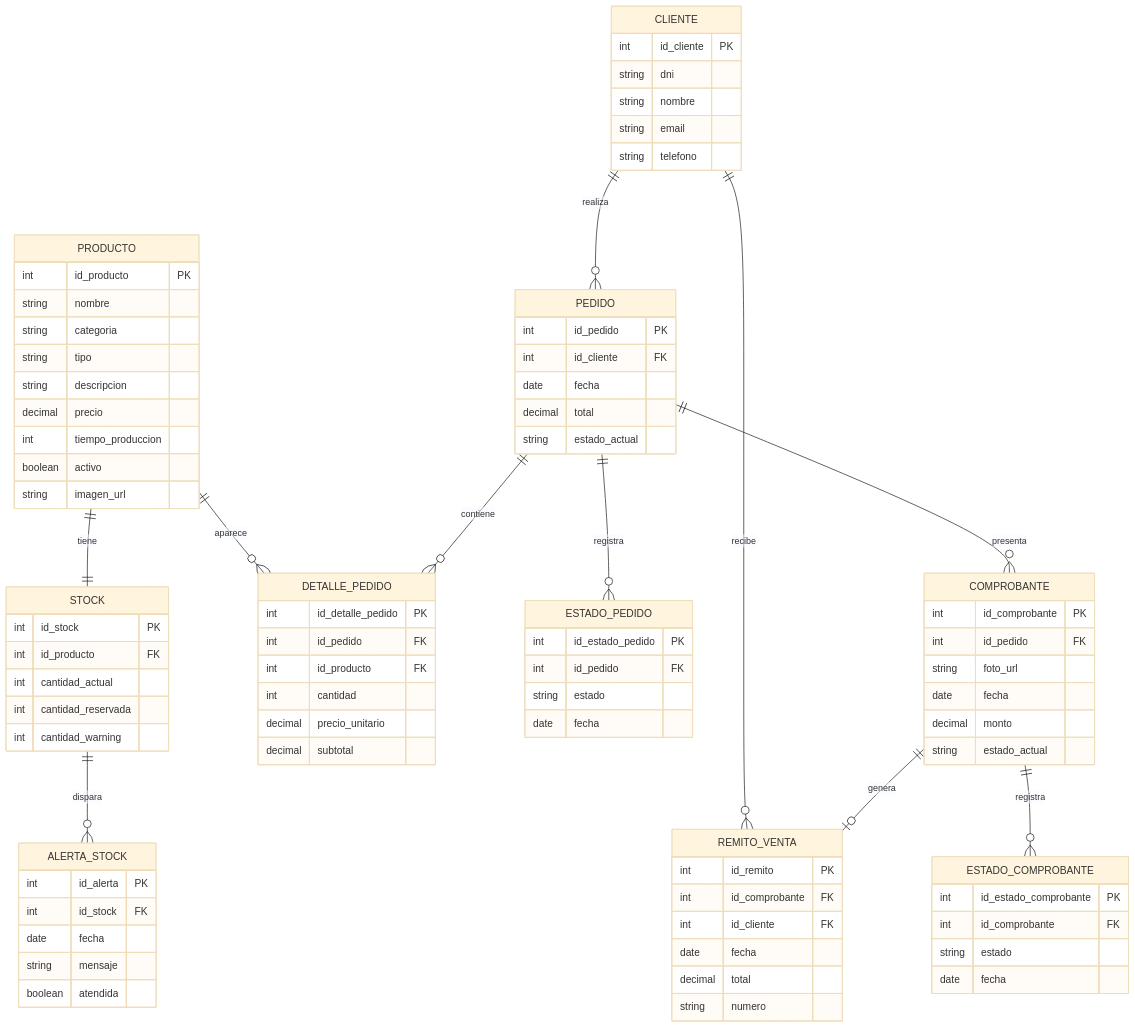
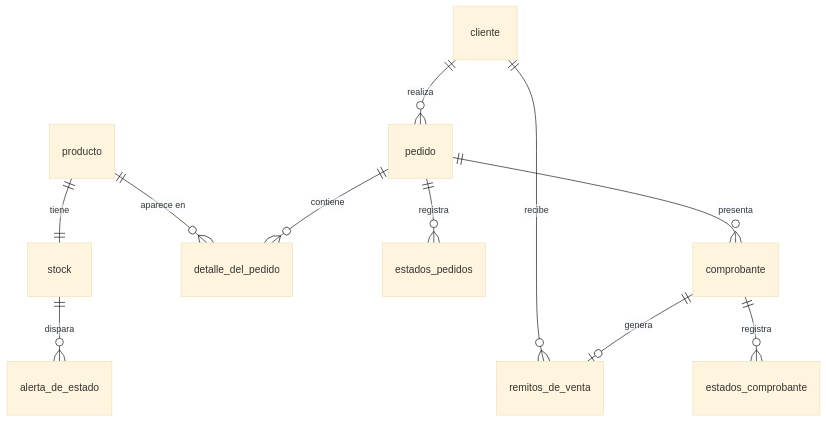
One commit to juanmamerodio/esenciatecnica changed the first of 5 diagrams in docs/MODELO.md. Above: the diagram before and after it, drawn with Mermaid (base theme). The commit also changed other lines of this file and 5 other files, not shown here.

````diff
--- a/docs/MODELO.md
+++ b/docs/MODELO.md
@@ -37,102 +39,17 @@
 ```mermaid
 erDiagram
-    CLIENTE ||--o{ PEDIDO : realiza
-    CLIENTE ||--o{ REMITO_VENTA : recibe
+    cliente ||--o{ pedido : "realiza"
+    cliente ||--o{ remitos_de_venta : "recibe"
 
-    PRODUCTO ||--|| STOCK : tiene
-    PRODUCTO ||--o{ DETALLE_PEDIDO : aparece
+    producto ||--|| stock : "tiene"
+    producto ||--o{ detalle_del_pedido : "aparece en"
 
-    PEDIDO ||--o{ DETALLE_PEDIDO : contiene
-    PEDIDO ||--o{ ESTADO_PEDIDO : registra
-    PEDIDO ||--o{ COMPROBANTE : presenta
+    pedido ||--o{ detalle_del_pedido : "contiene"
+    pedido ||--o{ estados_pedidos : "registra"
+    pedido ||--o{ comprobante : "presenta"
 
-    COMPROBANTE ||--o{ ESTADO_COMPROBANTE : registra
-    COMPROBANTE ||--o| REMITO_VENTA : genera
+    comprobante ||--o{ estados_comprobante : "registra"
+    comprobante ||--o| remitos_de_venta : "genera"
 
-    STOCK ||--o{ ALERTA_STOCK : dispara
-
-    CLIENTE {
-        int id_cliente PK
-        string dni
-        string nombre
-        string email
-        string telefono
-    }
-
-    PRODUCTO {
-        int id_producto PK
-        string nombre
-        string categoria
-        string tipo
-        string descripcion
-        decimal precio
-        int tiempo_produccion
-        boolean activo
-        string imagen_url
-    }
-
-    STOCK {
-        int id_stock PK
-        int id_producto FK
-        int cantidad_actual
-        int cantidad_reservada
-        int cantidad_warning
-    }
-
-    PEDIDO {
-        int id_pedido PK
-        int id_cliente FK
-        date fecha
-        decimal total
-        string estado_actual
-    }
-
-    DETALLE_PEDIDO {
-        int id_detalle_pedido PK
-        int id_pedido FK
-        int id_producto FK
-        int cantidad
-        decimal precio_unitario
-        decimal subtotal
-    }
-
-    ESTADO_PEDIDO {
-        int id_estado_pedido PK
-        int id_pedido FK
-        string estado
-        date fecha
-    }
-
-    COMPROBANTE {
-        int id_comprobante PK
-        int id_pedido FK
-        string foto_url
-        date fecha
-        decimal monto
-        string estado_actual
-    }
-
-    ESTADO_COMPROBANTE {
-        int id_estado_comprobante PK
-        int id_comprobante FK
-        string estado
-        date fecha
-    }
-
-    REMITO_VENTA {
-        int id_remito PK
-        int id_comprobante FK
-        int id_cliente FK
-        date fecha
-        decimal total
-        string numero
-    }
-
-    ALERTA_STOCK {
-        int id_alerta PK
-        int id_stock FK
-        date fecha
-        string mensaje
-        boolean atendida
-    }
+    stock ||--o{ alerta_de_estado : "dispara"
 ```
````
